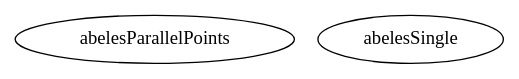
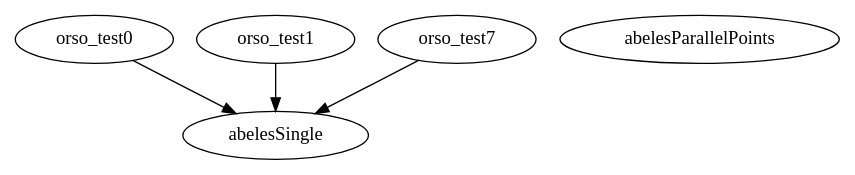
Before and after one commit to RascalSoftware/RAT: the diagram in master/api_reference/targetFunctions/common/reflectivityCalculations/abeles/graph.dot, drawn with Graphviz. The commit also changed 173 other files, not shown here.

```diff
--- a/master/api_reference/targetFunctions/common/reflectivityCalculations/abeles/graph.dot
+++ b/master/api_reference/targetFunctions/common/reflectivityCalculations/abeles/graph.dot
@@ -1,6 +1,12 @@
 /* Created by mdot for Matlab */
 digraph m2html {
+  orso_test0 -> abelesSingle;
+  orso_test1 -> abelesSingle;
+  orso_test7 -> abelesSingle;
 
   abelesParallelPoints [URL="abelesParallelPoints.html"];
   abelesSingle [URL="abelesSingle.html"];
+  orso_test0 [URL="orso_test0.html"];
+  orso_test1 [URL="orso_test1.html"];
+  orso_test7 [URL="orso_test7.html"];
 }
```
